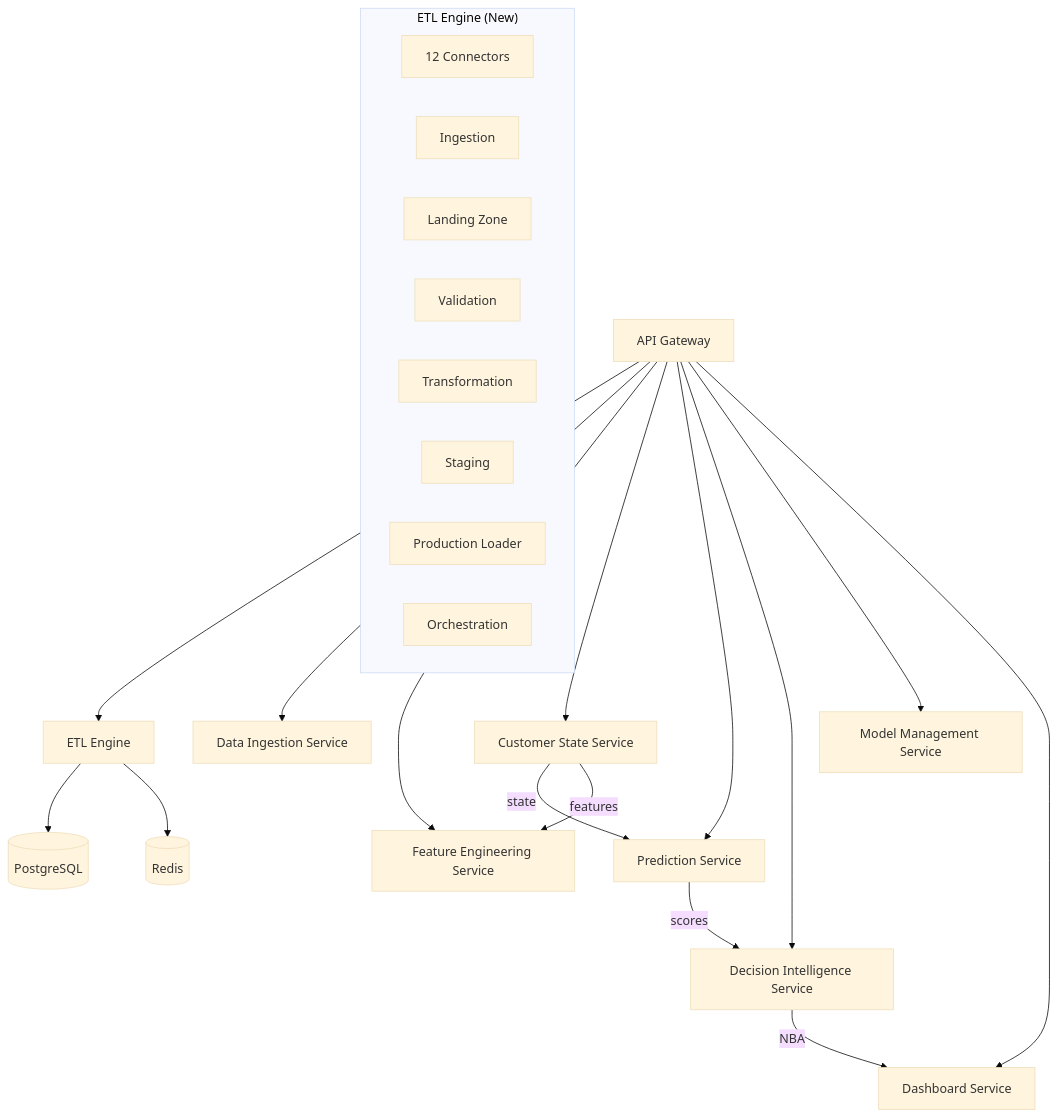
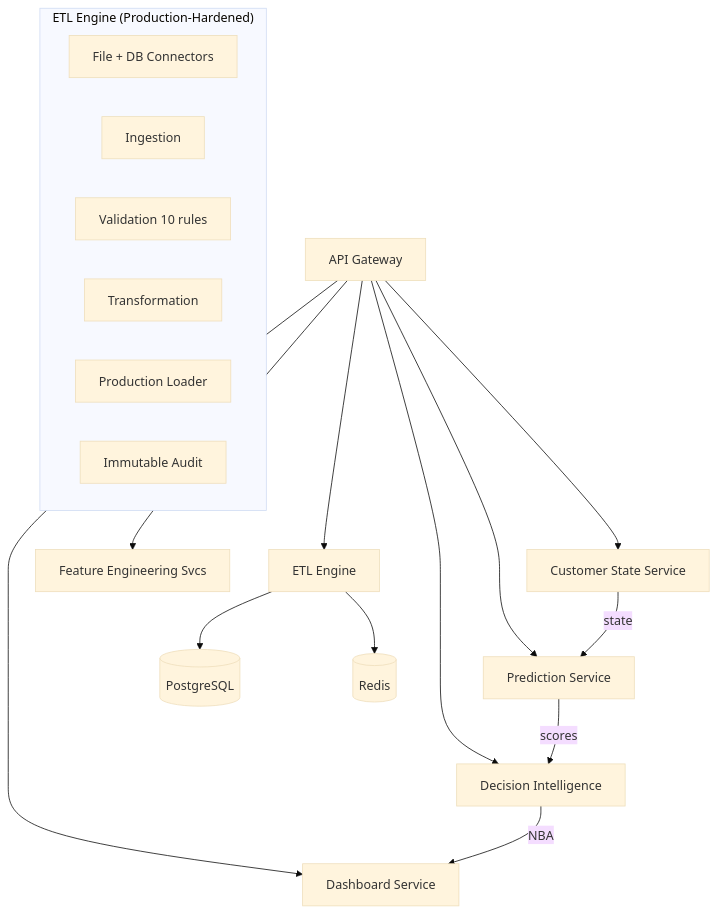
One commit to Uniplexity-AI/absa-foundry-backend changed the diagram in customer-lifecycle-ai/README.md. Above: the diagram before and after it, drawn with Mermaid (base theme). The commit also changed other lines of this file and 2 other files, not shown here.

Commit message:
docs: align PoC docs with 90-day lean scope — update sprint phase, add status tables, prune deferred features from README

````diff
--- a/customer-lifecycle-ai/README.md
+++ b/customer-lifecycle-ai/README.md
@@ -11,30 +13,25 @@
 ```mermaid
 graph TD
     GW[API Gateway] --> ETL[ETL Engine]
-    GW --> DI[Data Ingestion Service]
-    GW --> FE[Feature Engineering Service]
+    GW --> FE[Feature Engineering Svcs]
     GW --> CS[Customer State Service]
     GW --> PS[Prediction Service]
-    GW --> DS[Decision Intelligence Service]
-    GW --> MM[Model Management Service]
+    GW --> DS[Decision Intelligence]
     GW --> DB[Dashboard Service]
 
     ETL --> PG[(PostgreSQL)]
     ETL --> RD[(Redis)]
 
     CS -- state --> PS
-    CS -- features --> FE
     PS -- scores --> DS
     DS -- NBA --> DB
 
-    subgraph "ETL Engine (New)"
-        CN[12 Connectors]
+    subgraph "ETL Engine (Production-Hardened)"
+        CN[File + DB Connectors]
         IG[Ingestion]
-        LZ[Landing Zone]
-        VL[Validation]
+        VL[Validation 10 rules]
         TR[Transformation]
-        ST[Staging]
         LD[Production Loader]
-        OR[Orchestration]
+        AU[Immutable Audit]
     end
 ```
````
